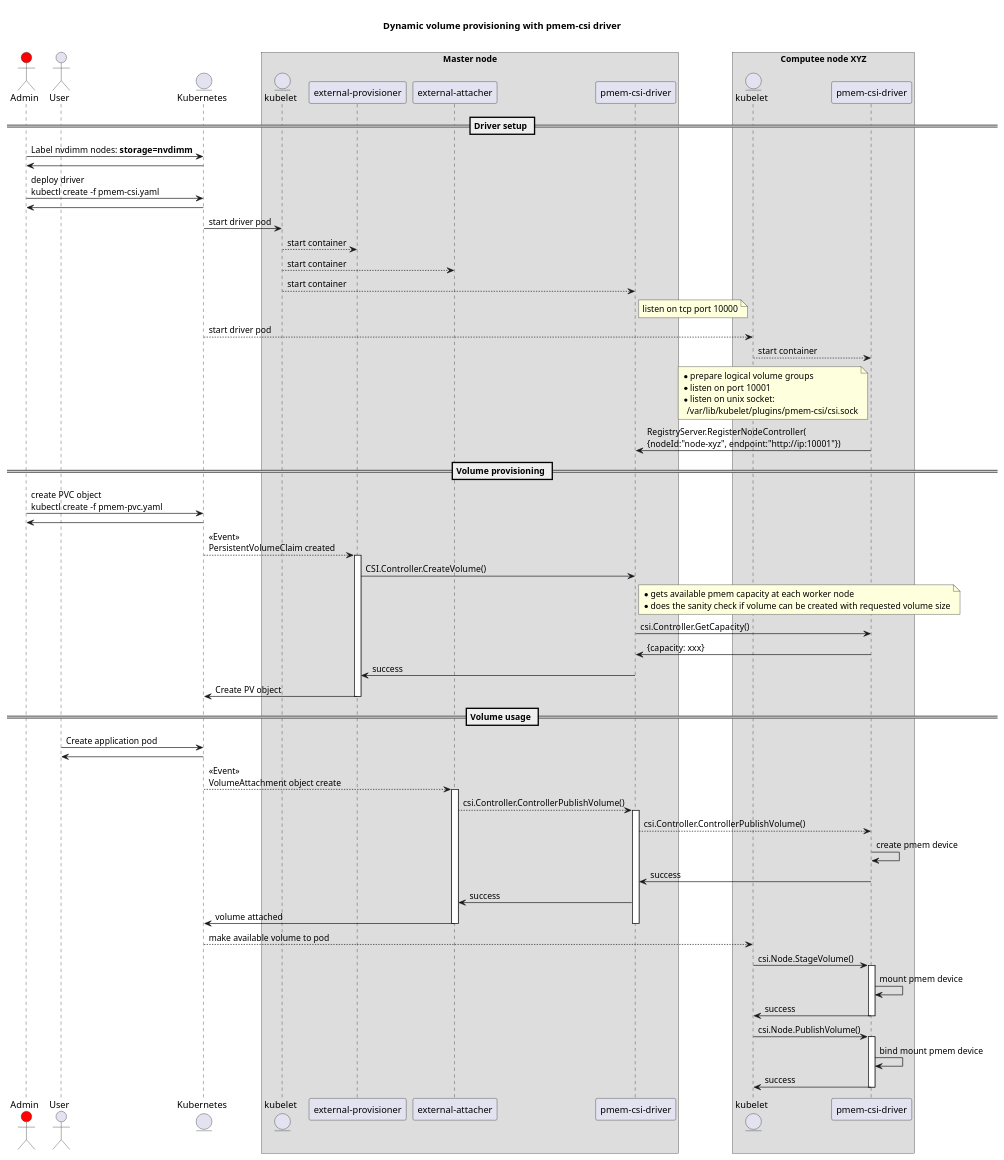
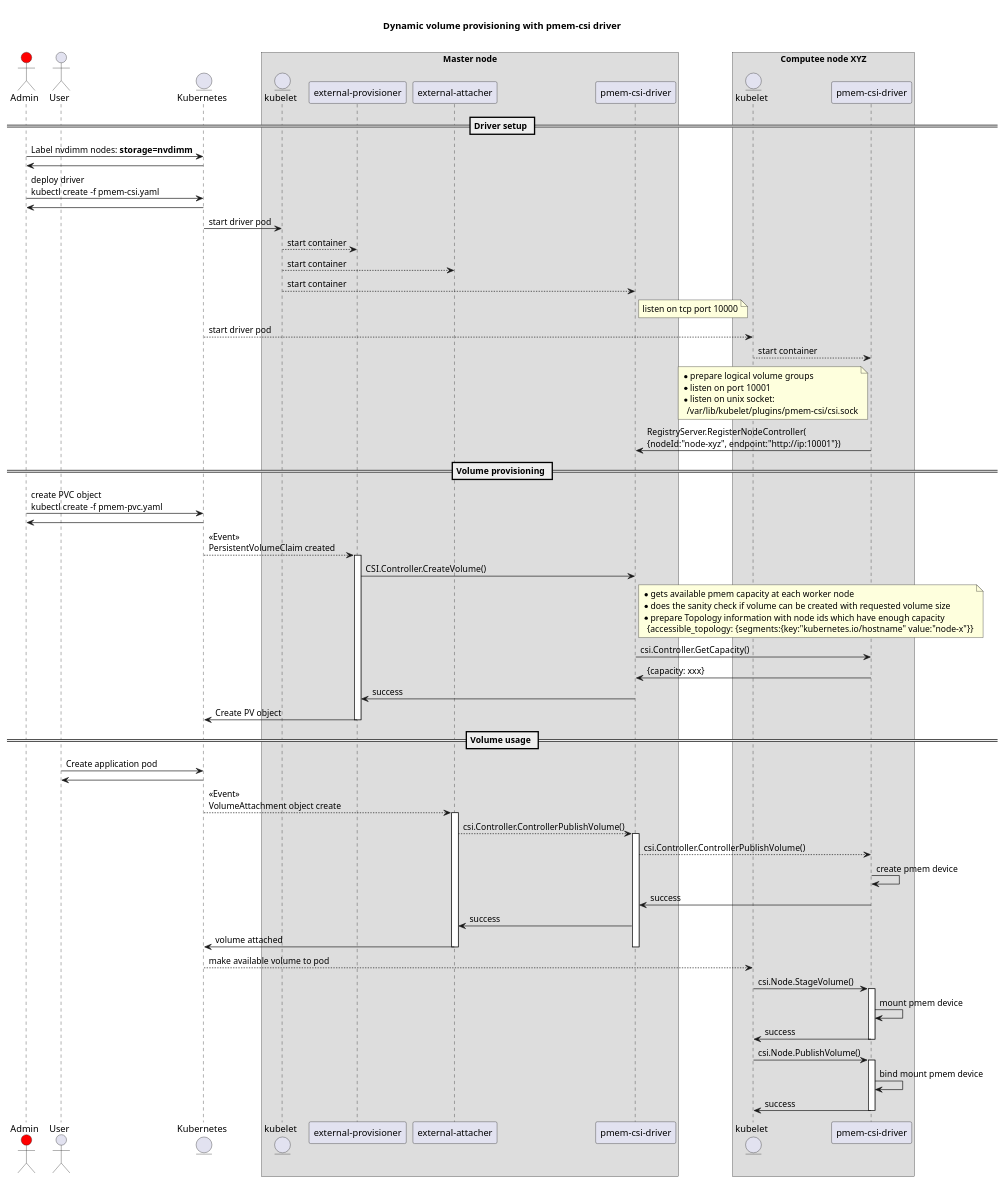
The diagram in docs/diagrams/sequence.wsd (intel/pmem-csi), drawn with PlantUML before and after one commit. The commit also changed 5 other files, not shown here.

First line of the commit message:
Add Topology information to volume

```diff
--- a/docs/diagrams/sequence.wsd
+++ b/docs/diagrams/sequence.wsd
@@ -1,90 +1,92 @@
 @startuml "pmem-csi-sequence-diagram"
 
 title \nDynamic volume provisioning with pmem-csi driver\n
 
 skinparam BoxPadding 40
 
 actor Admin as admin #red
 actor User as user
 entity Kubernetes as k8s
 box "Master node"
 entity kubelet as masterkubelet
 participant "external-provisioner" as provisioner
 participant "external-attacher" as attacher
 participant "pmem-csi-driver" as masterdriver
 endbox
 
 box "Computee node XYZ"
 entity kubelet as nodekubelet
 participant "pmem-csi-driver" as nodedriver
 endbox
 
 == Driver setup ==
 admin->k8s:Label nvdimm nodes: <b>storage=nvdimm</b>
 k8s->admin
 
 admin->k8s:deploy driver\nkubectl create -f pmem-csi.yaml
 k8s->admin
 k8s->masterkubelet:start driver pod
 masterkubelet-->provisioner:start container
 masterkubelet-->attacher:start container
 masterkubelet-->masterdriver:start container
 note right of masterdriver
     listen on tcp port 10000
 end note
 k8s-->nodekubelet:start driver pod
 nodekubelet-->nodedriver:start container
 note left of nodedriver
     * prepare logical volume groups
     * listen on port 10001
     * listen on unix socket:
       /var/lib/kubelet/plugins/pmem-csi/csi.sock
 end note
 nodedriver->masterdriver:RegistryServer.RegisterNodeController(\n{nodeId:"node-xyz", endpoint:"http://ip:10001"})
 
 == Volume provisioning ==
 admin->k8s:create PVC object\nkubectl create -f pmem-pvc.yaml
 k8s->admin
 k8s-->provisioner:<<Event>>\nPersistentVolumeClaim created
 activate provisioner
 provisioner->masterdriver:CSI.Controller.CreateVolume()
 note right of masterdriver
     * gets available pmem capacity at each worker node
     * does the sanity check if volume can be created with requested volume size
+    * prepare Topology information with node ids which have enough capacity
+      {accessible_topology: {segments:{key:"kubernetes.io/hostname" value:"node-x"}}
 end note
 masterdriver->nodedriver:csi.Controller.GetCapacity()
 nodedriver->masterdriver:{capacity: xxx}
 masterdriver->provisioner:success
 provisioner->k8s:Create PV object
 deactivate provisioner
 
 == Volume usage ==
 user->k8s:Create application pod
 k8s->user
 
 k8s-->attacher:<<Event>>\nVolumeAttachment object create
 activate attacher
 attacher-->masterdriver:csi.Controller.ControllerPublishVolume()
 activate masterdriver
 masterdriver-->nodedriver:csi.Controller.ControllerPublishVolume()
 nodedriver->nodedriver:create pmem device
 nodedriver->masterdriver:success
 masterdriver->attacher:success
 attacher->k8s:volume attached
 deactivate masterdriver
 deactivate attacher
 
 k8s-->nodekubelet:make available volume to pod
 nodekubelet->nodedriver:csi.Node.StageVolume()
 activate nodedriver
 nodedriver->nodedriver:mount pmem device
 nodedriver->nodekubelet:success
 deactivate nodedriver
 
 nodekubelet->nodedriver:csi.Node.PublishVolume()
 activate nodedriver
 nodedriver->nodedriver:bind mount pmem device
 nodedriver->nodekubelet:success
 deactivate nodedriver
 
 @enduml
```
